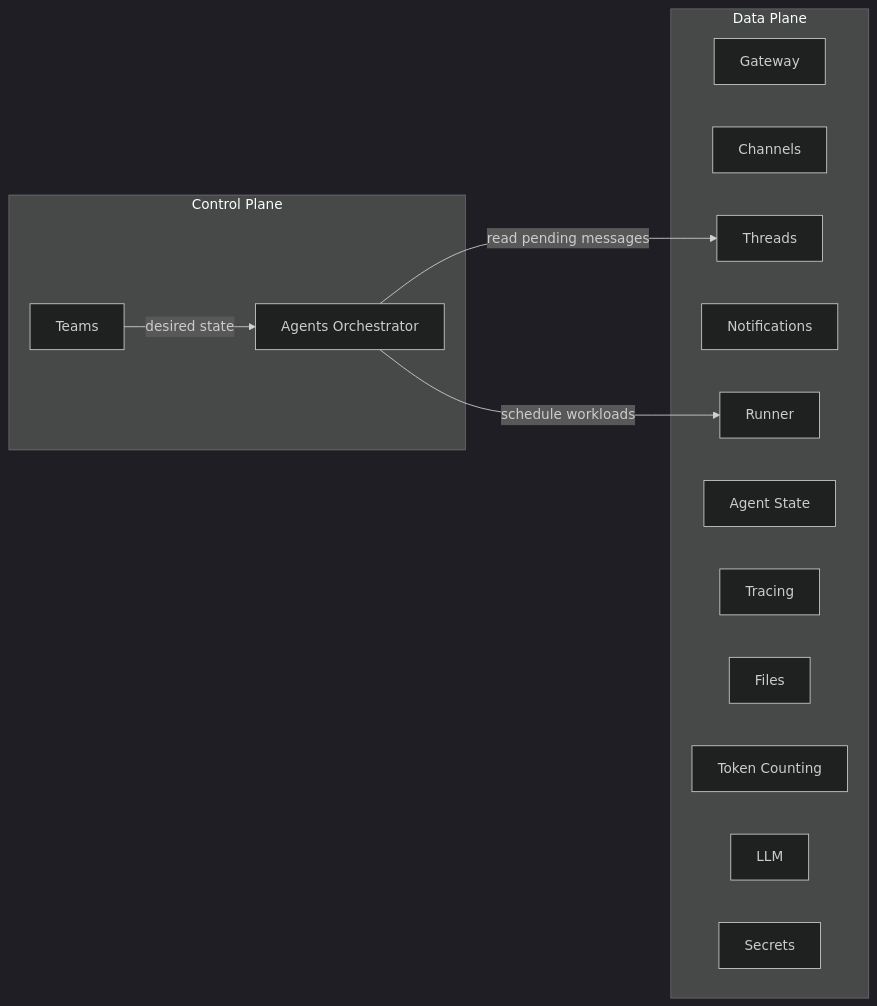
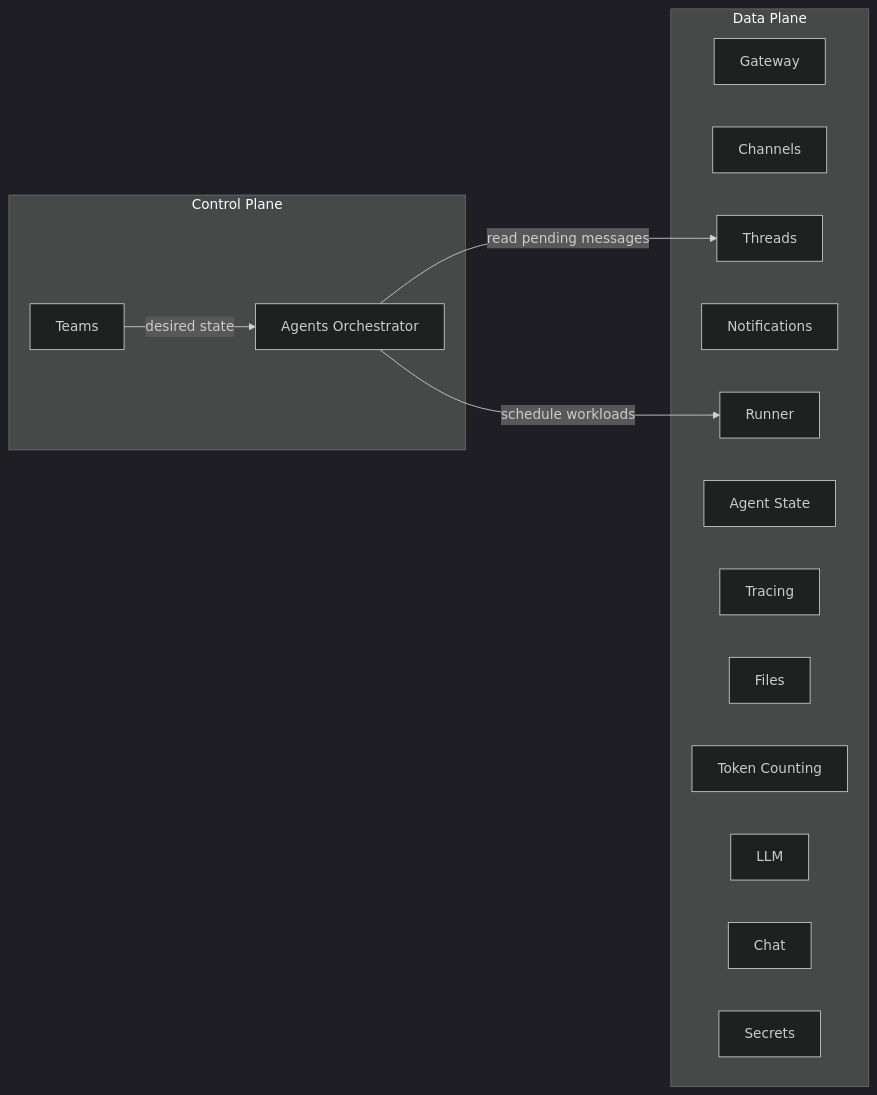
One commit to agynio/architecture changed the first of 2 diagrams in architecture/control-data-plane.md. Above: the diagram before and after it, drawn with Mermaid (dark theme). The commit also changed other lines of this file and 7 other files, not shown here.

````diff
--- a/architecture/control-data-plane.md
+++ b/architecture/control-data-plane.md
@@ -21,25 +21,26 @@
 ```mermaid
 graph LR
     subgraph Control Plane
         Teams
         AgentsOrch[Agents Orchestrator]
     end
 
     subgraph Data Plane
         Gateway
         Channels
         Threads
         Notifications
         Runner
         AgentState[Agent State]
         Tracing
         Files
         TokenCounting[Token Counting]
         LLM
+        Chat
         Secrets
     end
 
     Teams -->|desired state| AgentsOrch
     AgentsOrch -->|schedule workloads| Runner
     AgentsOrch -->|read pending messages| Threads
 ```
````
